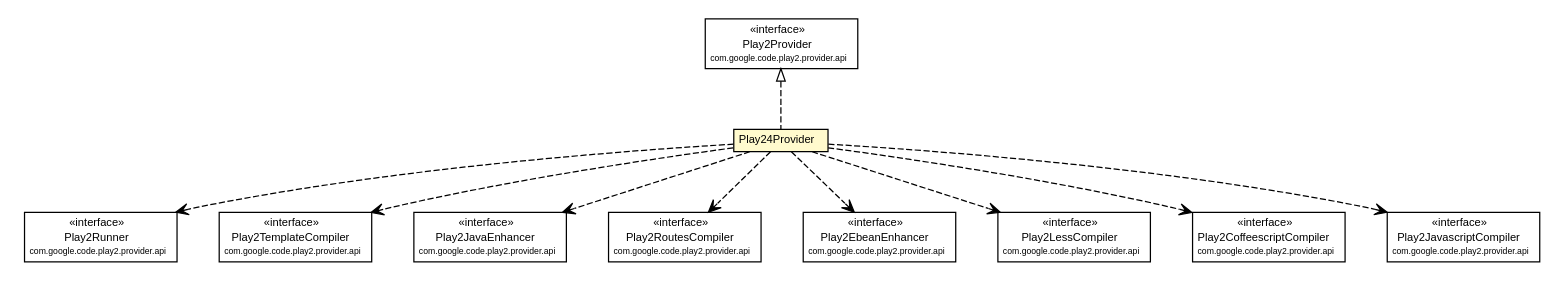
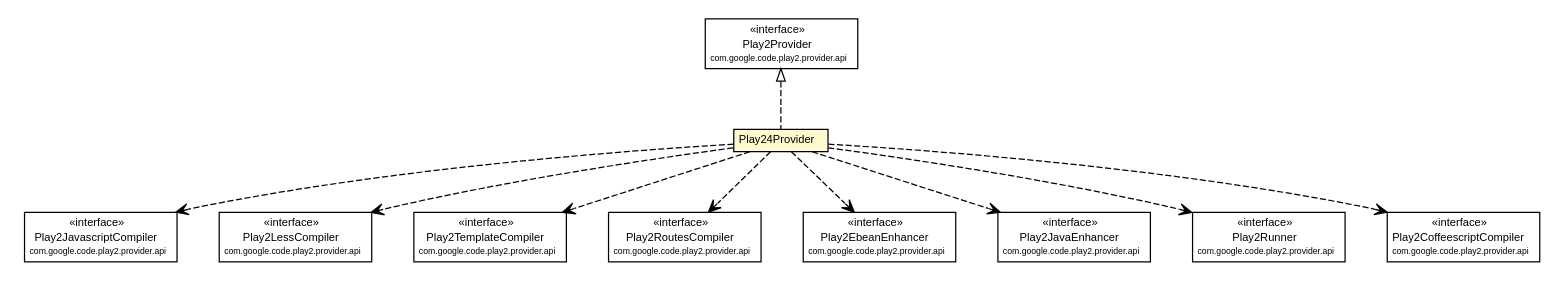
One commit to play2-maven-plugin/play2-maven-plugin.github.io changed the diagram in play2-maven-plugin/1.0.0-beta4-SNAPSHOT/play2-providers/play2-provider-play24/apidocs/com/google/code/play2/provider/play24/Play24Provider.dot. Above: the diagram before and after it, drawn with Graphviz. The commit also changed 158 other files, not shown here.

```diff
--- a/play2-maven-plugin/1.0.0-beta4-SNAPSHOT/play2-providers/play2-provider-play24/apidocs/com/google/code/play2/provider/play24/Play24Provider.dot
+++ b/play2-maven-plugin/1.0.0-beta4-SNAPSHOT/play2-providers/play2-provider-play24/apidocs/com/google/code/play2/provider/play24/Play24Provider.dot
@@ -1,108 +1,108 @@
 #!/usr/local/bin/dot
 #
 # Class diagram 
 # Generated by UMLGraph version R5_6-24-gf6e263 (http://www.umlgraph.org/)
 #
 
 digraph G {
 	edge [fontname="arial",fontsize=10,labelfontname="arial",labelfontsize=10];
 	node [fontname="arial",fontsize=10,shape=plaintext];
 	nodesep=0.25;
 	ranksep=0.5;
 	// com.google.code.play2.provider.play24.Play24Provider
 	c190 [label=<<table title="com.google.code.play2.provider.play24.Play24Provider" border="0" cellborder="1" cellspacing="0" cellpadding="2" port="p" bgcolor="lemonChiffon" href="./Play24Provider.html">
 		<tr><td><table border="0" cellspacing="0" cellpadding="1">
 <tr><td align="center" balign="center"> Play24Provider </td></tr>
 		</table></td></tr>
 		</table>>, URL="./Play24Provider.html", fontname="arial", fontcolor="black", fontsize=9.0];
 	//com.google.code.play2.provider.play24.Play24Provider implements com.google.code.play2.provider.api.Play2Provider
 	c199:p -> c190:p [dir=back,arrowtail=empty,style=dashed];
-	// com.google.code.play2.provider.play24.Play24Provider DEPEND com.google.code.play2.provider.api.Play2Runner
+	// com.google.code.play2.provider.play24.Play24Provider DEPEND com.google.code.play2.provider.api.Play2JavascriptCompiler
 	c190:p -> c200:p [taillabel="", label="", headlabel="", fontname="arial", fontcolor="black", fontsize=10.0, color="black", arrowhead=open, style=dashed];
+	// com.google.code.play2.provider.play24.Play24Provider DEPEND com.google.code.play2.provider.api.Play2LessCompiler
+	c190:p -> c201:p [taillabel="", label="", headlabel="", fontname="arial", fontcolor="black", fontsize=10.0, color="black", arrowhead=open, style=dashed];
 	// com.google.code.play2.provider.play24.Play24Provider DEPEND com.google.code.play2.provider.api.Play2TemplateCompiler
-	c190:p -> c201:p [taillabel="", label="", headlabel="", fontname="arial", fontcolor="black", fontsize=10.0, color="black", arrowhead=open, style=dashed];
-	// com.google.code.play2.provider.play24.Play24Provider DEPEND com.google.code.play2.provider.api.Play2JavaEnhancer
 	c190:p -> c202:p [taillabel="", label="", headlabel="", fontname="arial", fontcolor="black", fontsize=10.0, color="black", arrowhead=open, style=dashed];
 	// com.google.code.play2.provider.play24.Play24Provider DEPEND com.google.code.play2.provider.api.Play2RoutesCompiler
 	c190:p -> c203:p [taillabel="", label="", headlabel="", fontname="arial", fontcolor="black", fontsize=10.0, color="black", arrowhead=open, style=dashed];
 	// com.google.code.play2.provider.play24.Play24Provider DEPEND com.google.code.play2.provider.api.Play2EbeanEnhancer
 	c190:p -> c204:p [taillabel="", label="", headlabel="", fontname="arial", fontcolor="black", fontsize=10.0, color="black", arrowhead=open, style=dashed];
-	// com.google.code.play2.provider.play24.Play24Provider DEPEND com.google.code.play2.provider.api.Play2LessCompiler
+	// com.google.code.play2.provider.play24.Play24Provider DEPEND com.google.code.play2.provider.api.Play2JavaEnhancer
 	c190:p -> c205:p [taillabel="", label="", headlabel="", fontname="arial", fontcolor="black", fontsize=10.0, color="black", arrowhead=open, style=dashed];
+	// com.google.code.play2.provider.play24.Play24Provider DEPEND com.google.code.play2.provider.api.Play2Runner
+	c190:p -> c206:p [taillabel="", label="", headlabel="", fontname="arial", fontcolor="black", fontsize=10.0, color="black", arrowhead=open, style=dashed];
 	// com.google.code.play2.provider.play24.Play24Provider DEPEND com.google.code.play2.provider.api.Play2CoffeescriptCompiler
-	c190:p -> c206:p [taillabel="", label="", headlabel="", fontname="arial", fontcolor="black", fontsize=10.0, color="black", arrowhead=open, style=dashed];
-	// com.google.code.play2.provider.play24.Play24Provider DEPEND com.google.code.play2.provider.api.Play2JavascriptCompiler
 	c190:p -> c207:p [taillabel="", label="", headlabel="", fontname="arial", fontcolor="black", fontsize=10.0, color="black", arrowhead=open, style=dashed];
 	// com.google.code.play2.provider.api.Play2Provider
 	c199 [label=<<table title="com.google.code.play2.provider.api.Play2Provider" border="0" cellborder="1" cellspacing="0" cellpadding="2" port="p">
 		<tr><td><table border="0" cellspacing="0" cellpadding="1">
 <tr><td align="center" balign="center"> &#171;interface&#187; </td></tr>
 <tr><td align="center" balign="center"> Play2Provider </td></tr>
 <tr><td align="center" balign="center"><font point-size="7.0"> com.google.code.play2.provider.api </font></td></tr>
 		</table></td></tr>
 		</table>>, URL="null", fontname="arial", fontcolor="black", fontsize=9.0];
 	// com.google.code.play2.provider.api.Play2RoutesCompiler
 	c203 [label=<<table title="com.google.code.play2.provider.api.Play2RoutesCompiler" border="0" cellborder="1" cellspacing="0" cellpadding="2" port="p">
 		<tr><td><table border="0" cellspacing="0" cellpadding="1">
 <tr><td align="center" balign="center"> &#171;interface&#187; </td></tr>
 <tr><td align="center" balign="center"> Play2RoutesCompiler </td></tr>
 <tr><td align="center" balign="center"><font point-size="7.0"> com.google.code.play2.provider.api </font></td></tr>
 		</table></td></tr>
 		</table>>, URL="null", fontname="arial", fontcolor="black", fontsize=9.0];
 	// com.google.code.play2.provider.api.Play2LessCompiler
-	c205 [label=<<table title="com.google.code.play2.provider.api.Play2LessCompiler" border="0" cellborder="1" cellspacing="0" cellpadding="2" port="p">
+	c201 [label=<<table title="com.google.code.play2.provider.api.Play2LessCompiler" border="0" cellborder="1" cellspacing="0" cellpadding="2" port="p">
 		<tr><td><table border="0" cellspacing="0" cellpadding="1">
 <tr><td align="center" balign="center"> &#171;interface&#187; </td></tr>
 <tr><td align="center" balign="center"> Play2LessCompiler </td></tr>
 <tr><td align="center" balign="center"><font point-size="7.0"> com.google.code.play2.provider.api </font></td></tr>
 		</table></td></tr>
 		</table>>, URL="null", fontname="arial", fontcolor="black", fontsize=9.0];
 	// com.google.code.play2.provider.api.Play2TemplateCompiler
-	c201 [label=<<table title="com.google.code.play2.provider.api.Play2TemplateCompiler" border="0" cellborder="1" cellspacing="0" cellpadding="2" port="p">
+	c202 [label=<<table title="com.google.code.play2.provider.api.Play2TemplateCompiler" border="0" cellborder="1" cellspacing="0" cellpadding="2" port="p">
 		<tr><td><table border="0" cellspacing="0" cellpadding="1">
 <tr><td align="center" balign="center"> &#171;interface&#187; </td></tr>
 <tr><td align="center" balign="center"> Play2TemplateCompiler </td></tr>
 <tr><td align="center" balign="center"><font point-size="7.0"> com.google.code.play2.provider.api </font></td></tr>
 		</table></td></tr>
 		</table>>, URL="null", fontname="arial", fontcolor="black", fontsize=9.0];
 	// com.google.code.play2.provider.api.Play2CoffeescriptCompiler
-	c206 [label=<<table title="com.google.code.play2.provider.api.Play2CoffeescriptCompiler" border="0" cellborder="1" cellspacing="0" cellpadding="2" port="p">
+	c207 [label=<<table title="com.google.code.play2.provider.api.Play2CoffeescriptCompiler" border="0" cellborder="1" cellspacing="0" cellpadding="2" port="p">
 		<tr><td><table border="0" cellspacing="0" cellpadding="1">
 <tr><td align="center" balign="center"> &#171;interface&#187; </td></tr>
 <tr><td align="center" balign="center"> Play2CoffeescriptCompiler </td></tr>
 <tr><td align="center" balign="center"><font point-size="7.0"> com.google.code.play2.provider.api </font></td></tr>
 		</table></td></tr>
 		</table>>, URL="null", fontname="arial", fontcolor="black", fontsize=9.0];
 	// com.google.code.play2.provider.api.Play2EbeanEnhancer
 	c204 [label=<<table title="com.google.code.play2.provider.api.Play2EbeanEnhancer" border="0" cellborder="1" cellspacing="0" cellpadding="2" port="p">
 		<tr><td><table border="0" cellspacing="0" cellpadding="1">
 <tr><td align="center" balign="center"> &#171;interface&#187; </td></tr>
 <tr><td align="center" balign="center"> Play2EbeanEnhancer </td></tr>
 <tr><td align="center" balign="center"><font point-size="7.0"> com.google.code.play2.provider.api </font></td></tr>
 		</table></td></tr>
 		</table>>, URL="null", fontname="arial", fontcolor="black", fontsize=9.0];
 	// com.google.code.play2.provider.api.Play2JavascriptCompiler
-	c207 [label=<<table title="com.google.code.play2.provider.api.Play2JavascriptCompiler" border="0" cellborder="1" cellspacing="0" cellpadding="2" port="p">
+	c200 [label=<<table title="com.google.code.play2.provider.api.Play2JavascriptCompiler" border="0" cellborder="1" cellspacing="0" cellpadding="2" port="p">
 		<tr><td><table border="0" cellspacing="0" cellpadding="1">
 <tr><td align="center" balign="center"> &#171;interface&#187; </td></tr>
 <tr><td align="center" balign="center"> Play2JavascriptCompiler </td></tr>
 <tr><td align="center" balign="center"><font point-size="7.0"> com.google.code.play2.provider.api </font></td></tr>
 		</table></td></tr>
 		</table>>, URL="null", fontname="arial", fontcolor="black", fontsize=9.0];
 	// com.google.code.play2.provider.api.Play2JavaEnhancer
-	c202 [label=<<table title="com.google.code.play2.provider.api.Play2JavaEnhancer" border="0" cellborder="1" cellspacing="0" cellpadding="2" port="p">
+	c205 [label=<<table title="com.google.code.play2.provider.api.Play2JavaEnhancer" border="0" cellborder="1" cellspacing="0" cellpadding="2" port="p">
 		<tr><td><table border="0" cellspacing="0" cellpadding="1">
 <tr><td align="center" balign="center"> &#171;interface&#187; </td></tr>
 <tr><td align="center" balign="center"> Play2JavaEnhancer </td></tr>
 <tr><td align="center" balign="center"><font point-size="7.0"> com.google.code.play2.provider.api </font></td></tr>
 		</table></td></tr>
 		</table>>, URL="null", fontname="arial", fontcolor="black", fontsize=9.0];
 	// com.google.code.play2.provider.api.Play2Runner
-	c200 [label=<<table title="com.google.code.play2.provider.api.Play2Runner" border="0" cellborder="1" cellspacing="0" cellpadding="2" port="p">
+	c206 [label=<<table title="com.google.code.play2.provider.api.Play2Runner" border="0" cellborder="1" cellspacing="0" cellpadding="2" port="p">
 		<tr><td><table border="0" cellspacing="0" cellpadding="1">
 <tr><td align="center" balign="center"> &#171;interface&#187; </td></tr>
 <tr><td align="center" balign="center"> Play2Runner </td></tr>
 <tr><td align="center" balign="center"><font point-size="7.0"> com.google.code.play2.provider.api </font></td></tr>
 		</table></td></tr>
 		</table>>, URL="null", fontname="arial", fontcolor="black", fontsize=9.0];
 }
```
